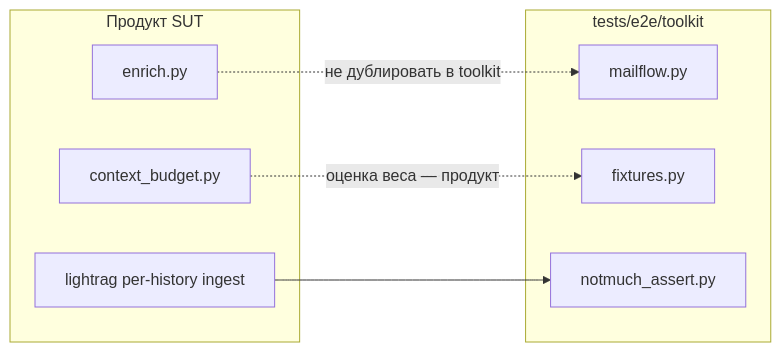
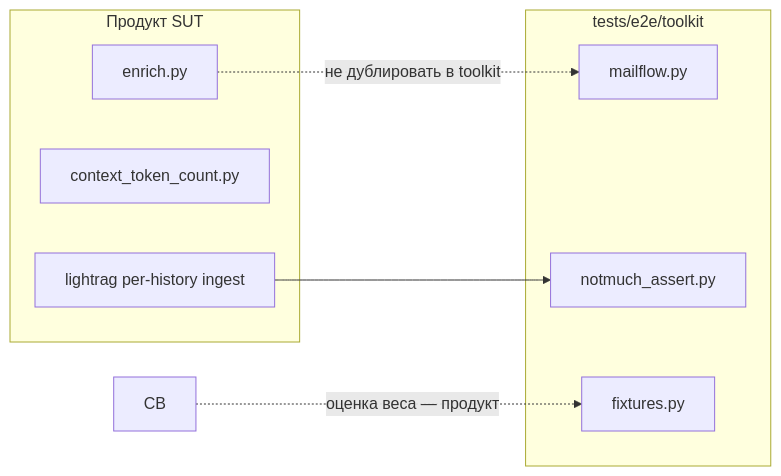
Before and after one commit to 3DRaven/threlium: the diagram in docs/briefing/e2e_toolkit_refactor_briefing.md, drawn with Mermaid. The commit also changed other lines of this file and 13 other files, not shown here.

````diff
--- a/docs/briefing/e2e_toolkit_refactor_briefing.md
+++ b/docs/briefing/e2e_toolkit_refactor_briefing.md
@@ -150,16 +150,16 @@
 ```mermaid
 flowchart LR
   subgraph product [Продукт SUT]
     EN[enrich.py]
-    CB[context_budget.py]
+    CTC[context_token_count.py]
     LR[lightrag per-history ingest]
   end
   subgraph harness [tests/e2e/toolkit]
     MF[mailflow.py]
     FX[fixtures.py]
     NM[notmuch_assert.py]
   end
   EN -.->|не дублировать в toolkit| MF
   CB -.->|оценка веса — продукт| FX
   LR --> NM
 ```
````
